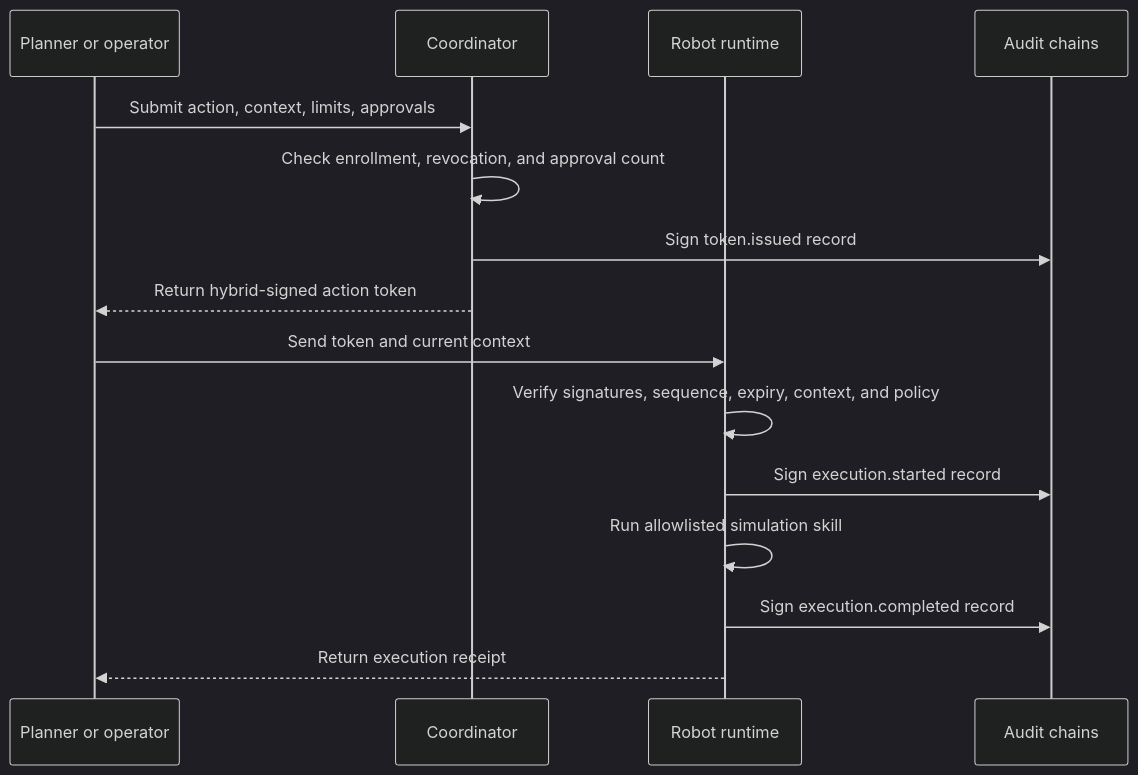
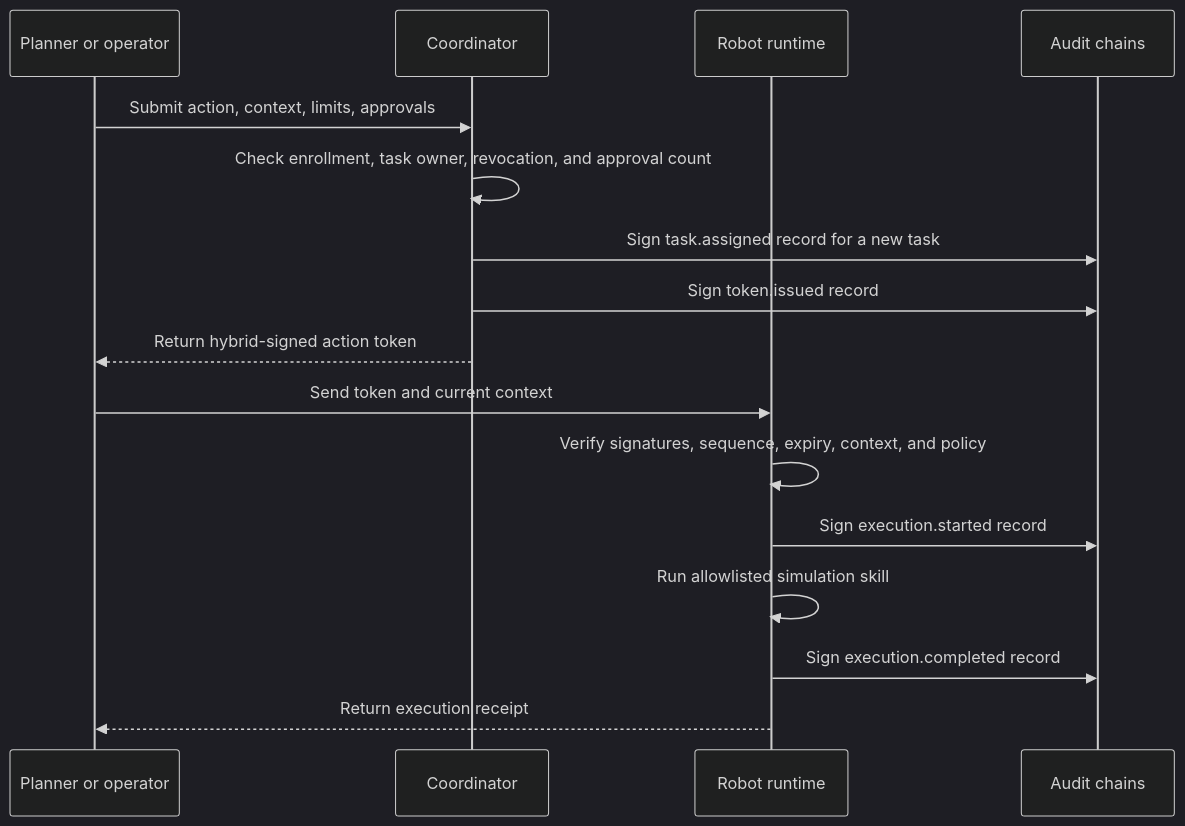
One commit to exocognosis/SPACL changed the second of 2 diagrams in README.md. Above: the diagram before and after it, drawn with Mermaid (dark theme). The commit also changed other lines of this file and 11 other files, not shown here.

Commit message:
Add shared task ownership and multi-agent flow

````diff
--- a/README.md
+++ b/README.md
@@ -101,17 +101,18 @@
 ```mermaid
 sequenceDiagram
     participant P as Planner or operator
     participant C as Coordinator
     participant R as Robot runtime
     participant A as Audit chains
     P->>C: Submit action, context, limits, approvals
-    C->>C: Check enrollment, revocation, and approval count
+    C->>C: Check enrollment, task owner, revocation, and approval count
+    C->>A: Sign task.assigned record for a new task
     C->>A: Sign token.issued record
     C-->>P: Return hybrid-signed action token
     P->>R: Send token and current context
     R->>R: Verify signatures, sequence, expiry, context, and policy
     R->>A: Sign execution.started record
     R->>R: Run allowlisted simulation skill
     R->>A: Sign execution.completed record
     R-->>P: Return execution receipt
 ```
````
